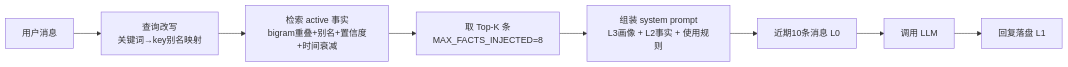
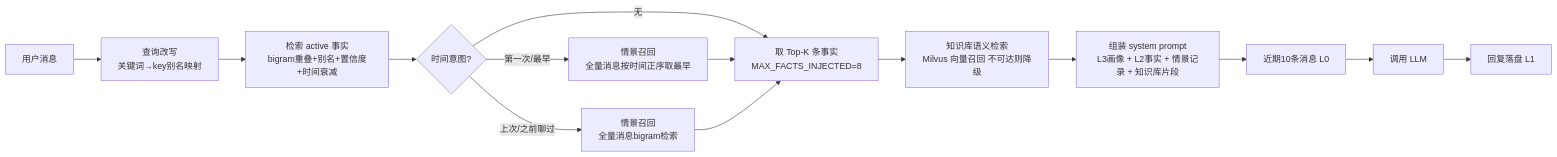
Before and after one commit to noblerock5/memory-agent: the second of 2 diagrams in docs/memory-architecture.md, drawn with Mermaid. The commit also changed other lines of this file and 26 other files, not shown here.

````diff
--- a/docs/memory-architecture.md
+++ b/docs/memory-architecture.md
@@ -110,10 +110,16 @@
 ```mermaid
 flowchart LR
     A[用户消息] --> B[查询改写<br>关键词→key别名映射]
     B --> C[检索 active 事实<br>bigram重叠+别名+置信度+时间衰减]
-    C --> D[取 Top-K 条<br>MAX_FACTS_INJECTED=8]
-    D --> E[组装 system prompt<br>L3画像 + L2事实 + 使用规则]
+    C --> C2{时间意图?}
+    C2 -- "第一次/最早" --> C3[情景召回<br>全量消息按时间正序取最早]
+    C2 -- "上次/之前聊过" --> C4[情景召回<br>全量消息bigram检索]
+    C2 -- 无 --> D
+    C3 --> D[取 Top-K 条事实<br>MAX_FACTS_INJECTED=8]
+    C4 --> D
+    D --> K[知识库语义检索<br>Milvus 向量召回 不可达则降级]
+    K --> E[组装 system prompt<br>L3画像 + L2事实 + 情景记录 + 知识库片段]
     E --> F[近期10条消息 L0]
     F --> G[调用 LLM]
     G --> H[回复落盘 L1]
 ```
````
